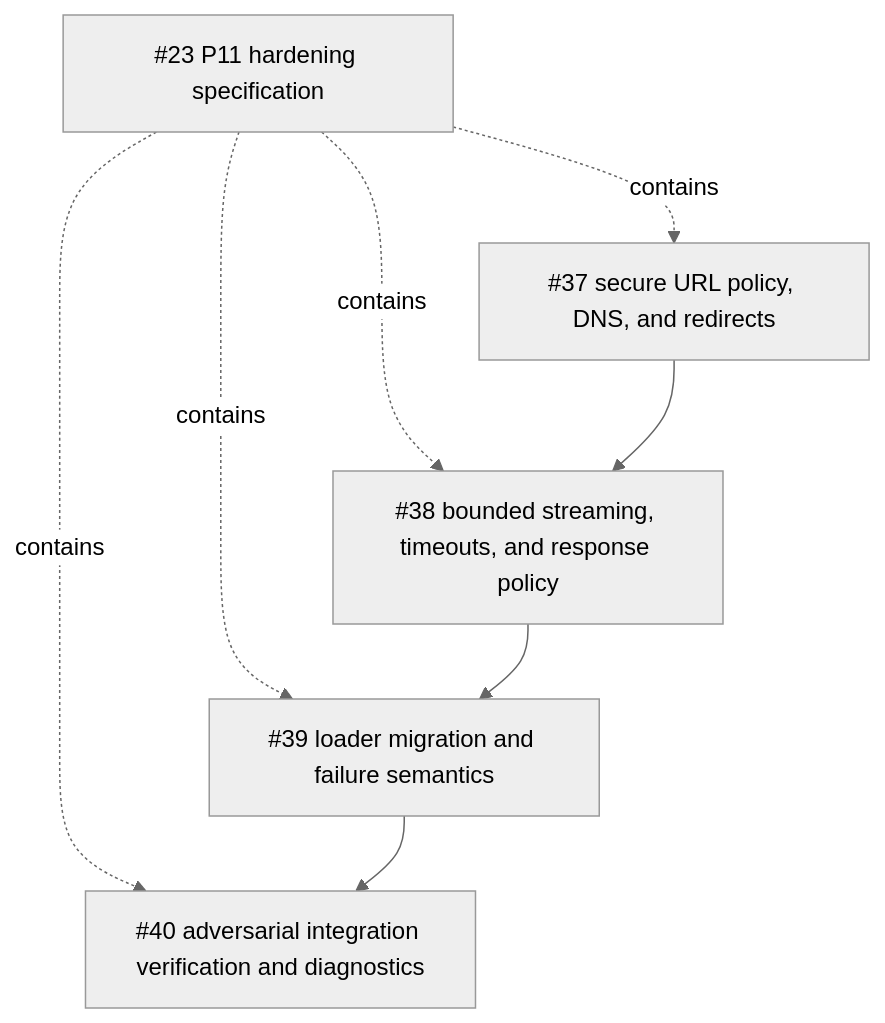
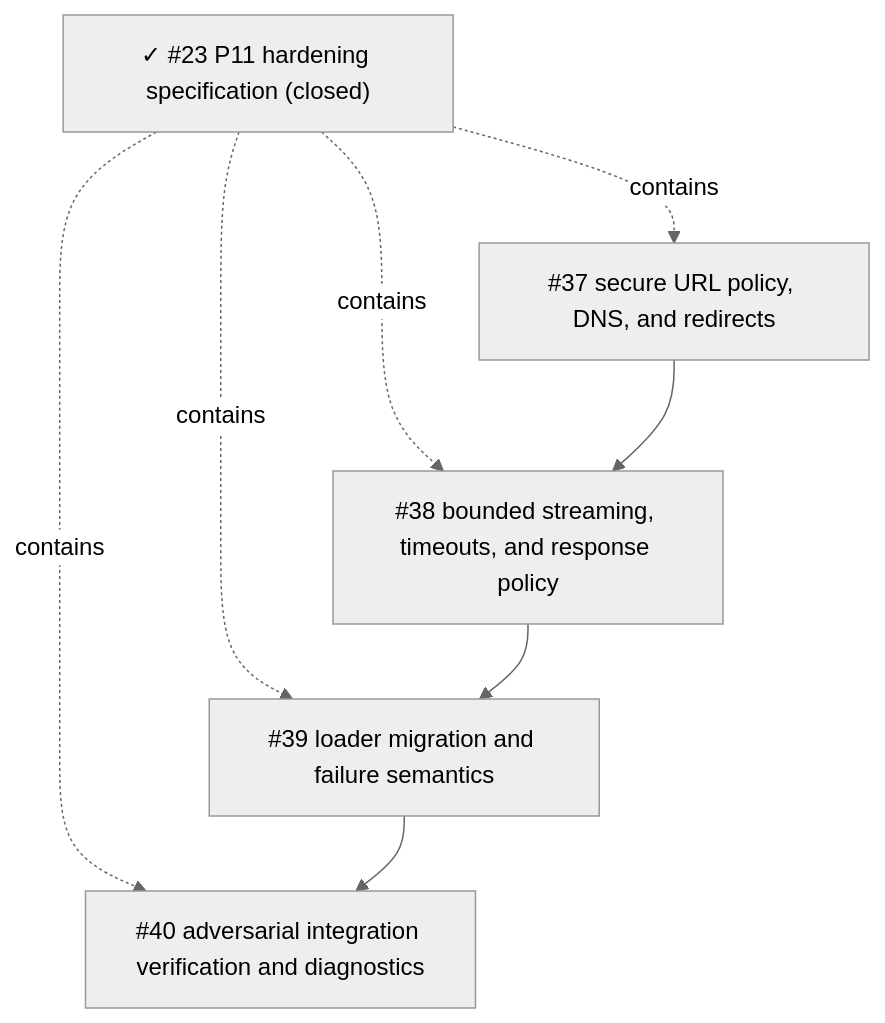
One commit to starkovalera/recipe-manager changed the diagram in docs/specs/2026-08-14-p11-remote-fetch-hardening.md. Above: the diagram before and after it, drawn with Mermaid (neutral theme). The commit also changed other lines of this file and 2 other files, not shown here.

````diff
--- a/docs/specs/2026-08-14-p11-remote-fetch-hardening.md
+++ b/docs/specs/2026-08-14-p11-remote-fetch-hardening.md
@@ -443,16 +444,16 @@
 ```mermaid
 flowchart TD
-  parent["#23 P11 hardening specification"]
+  parent["✓ #23 P11 hardening specification (closed)"]
   url["#37 secure URL policy, DNS, and redirects"]
   stream["#38 bounded streaming, timeouts, and response policy"]
   migrate["#39 loader migration and failure semantics"]
   verify["#40 adversarial integration verification and diagnostics"]
 
   parent -. contains .-> url
   parent -. contains .-> stream
   parent -. contains .-> migrate
   parent -. contains .-> verify
   url --> stream
   stream --> migrate
   migrate --> verify
 ```
````
